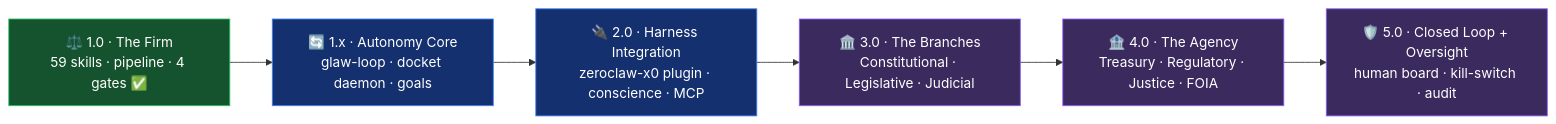
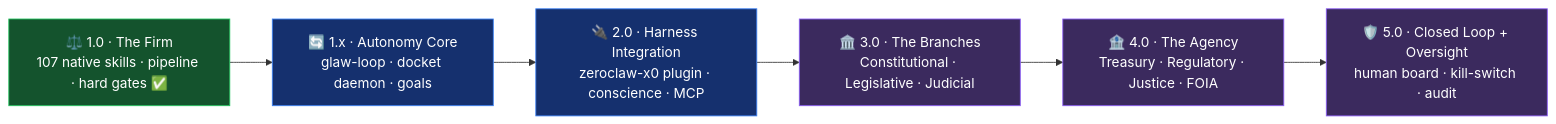
The fifth of 6 diagrams in README.md (rikitrader/glaw), drawn with Mermaid before and after one commit. The commit also changed other lines of this file and 7 other files, not shown here.

````diff
--- a/README.md
+++ b/README.md
@@ -405,16 +405,16 @@
 ```mermaid
 flowchart LR
-    P1["⚖️ 1.0 · The Firm<br/>59 skills · pipeline · 4 gates ✅"]
+    P1["⚖️ 1.0 · The Firm<br/>107 native skills · pipeline · hard gates ✅"]
     P2["🔄 1.x · Autonomy Core<br/>glaw-loop · docket daemon · goals"]
     P3["🔌 2.0 · Harness Integration<br/>zeroclaw-x0 plugin · conscience · MCP"]
     P4["🏛️ 3.0 · The Branches<br/>Constitutional · Legislative · Judicial"]
     P5["🏦 4.0 · The Agency<br/>Treasury · Regulatory · Justice · FOIA"]
     P6["🛡️ 5.0 · Closed Loop + Oversight<br/>human board · kill-switch · audit"]
     P1 --> P2 --> P3 --> P4 --> P5 --> P6
     classDef done fill:#14532d,stroke:#22c55e,color:#fff;
     classDef next fill:#15306e,stroke:#3B82F6,color:#fff;
     classDef future fill:#3b2a5e,stroke:#8b5cf6,color:#fff;
     class P1 done
     class P2,P3 next
     class P4,P5,P6 future
 ```
````
